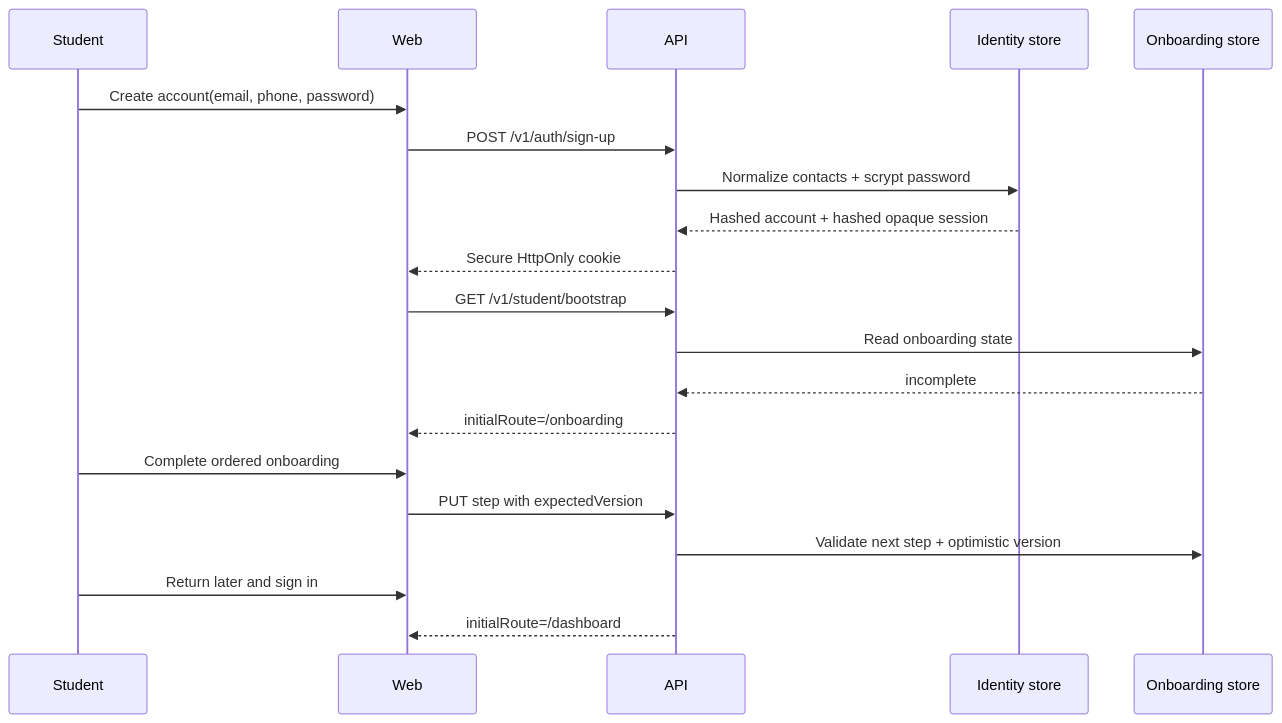
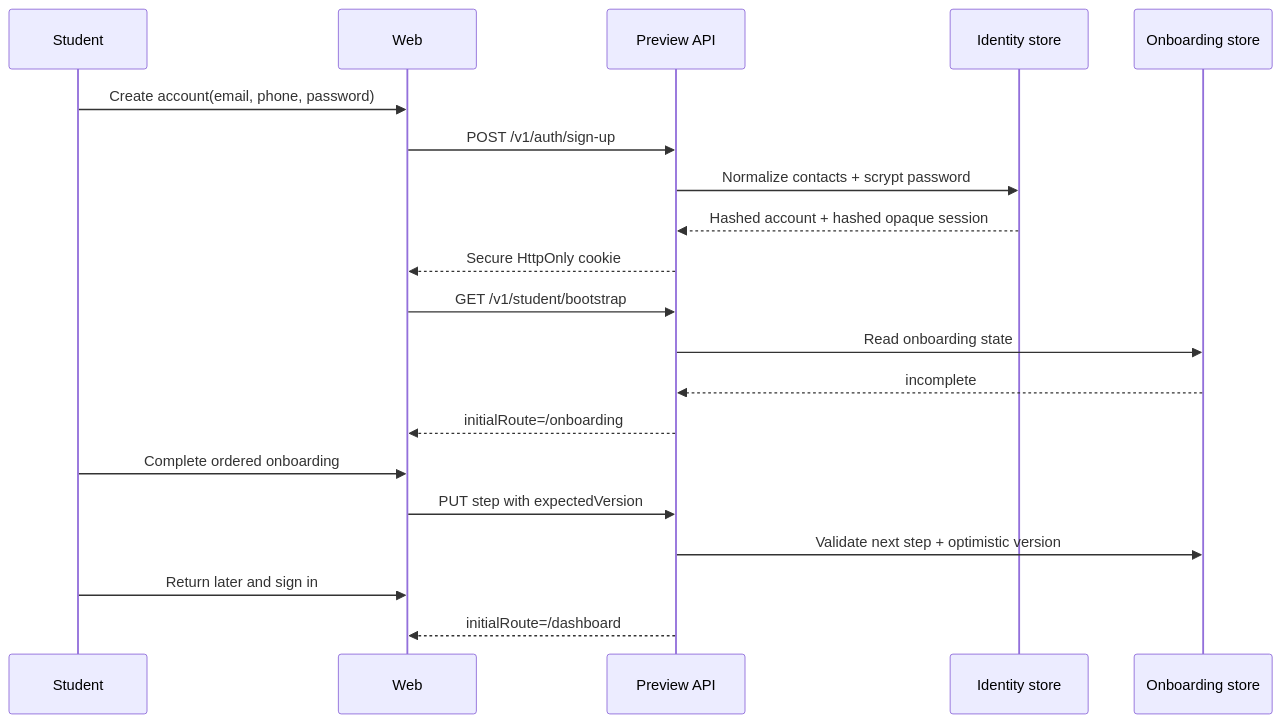
Before and after one commit to dhairya2801/audentra-platform-demo: the second of 3 diagrams in docs/14-current-implementation-map.md, drawn with Mermaid. The commit also changed other lines of this file and 270 other files, not shown here.

````diff
--- a/docs/14-current-implementation-map.md
+++ b/docs/14-current-implementation-map.md
@@ -102,23 +114,23 @@
 ```mermaid
 sequenceDiagram
   participant S as Student
   participant W as Web
-  participant A as API
+  participant A as Preview API
   participant I as Identity store
   participant O as Onboarding store
 
   S->>W: Create account(email, phone, password)
   W->>A: POST /v1/auth/sign-up
   A->>I: Normalize contacts + scrypt password
   I-->>A: Hashed account + hashed opaque session
   A-->>W: Secure HttpOnly cookie
   W->>A: GET /v1/student/bootstrap
   A->>O: Read onboarding state
   O-->>A: incomplete
   A-->>W: initialRoute=/onboarding
   S->>W: Complete ordered onboarding
   W->>A: PUT step with expectedVersion
   A->>O: Validate next step + optimistic version
   S->>W: Return later and sign in
   A-->>W: initialRoute=/dashboard
 ```
````
